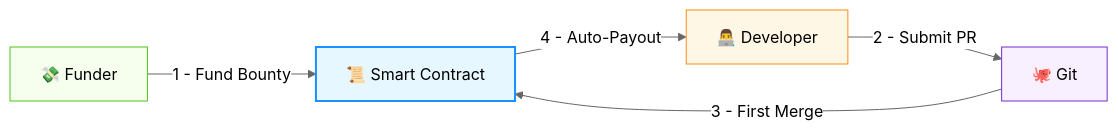
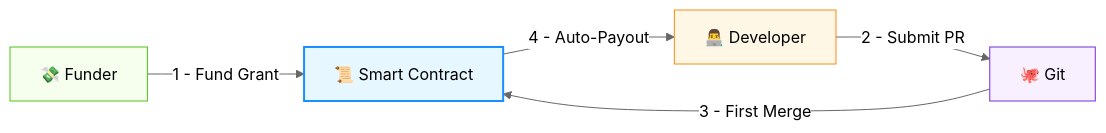
Before and after one commit to b3ww/ethglobal: the first of 4 diagrams in README.md, drawn with Mermaid (neutral theme). The commit also changed other lines of this file and 1 other file, not shown here.

````diff
--- a/README.md
+++ b/README.md
@@ -15,15 +15,16 @@
 ```mermaid
 graph LR
     F[💸 Funder]
     D[👨‍💻 Developer]
 
-    F -->|1 - Fund Bounty| C[📜 Smart Contract]
+    F -->|1 - Fund Grant| C[📜 Smart Contract]
     D -->|2 - Submit PR| G[🐙 Git]
     G -->|3 - First Merge| C
     C -->|4 - Auto-Payout| D
     
     style C fill:#e6f7ff,stroke:#1890ff,stroke-width:2px
     style F fill:#f6ffed,stroke:#52c41a
     style D fill:#fff7e6,stroke:#fa8c16
     style G fill:#f9f0ff,stroke:#722ed1
+    classDef default fill:none,stroke:none,color:black
 ```
````
